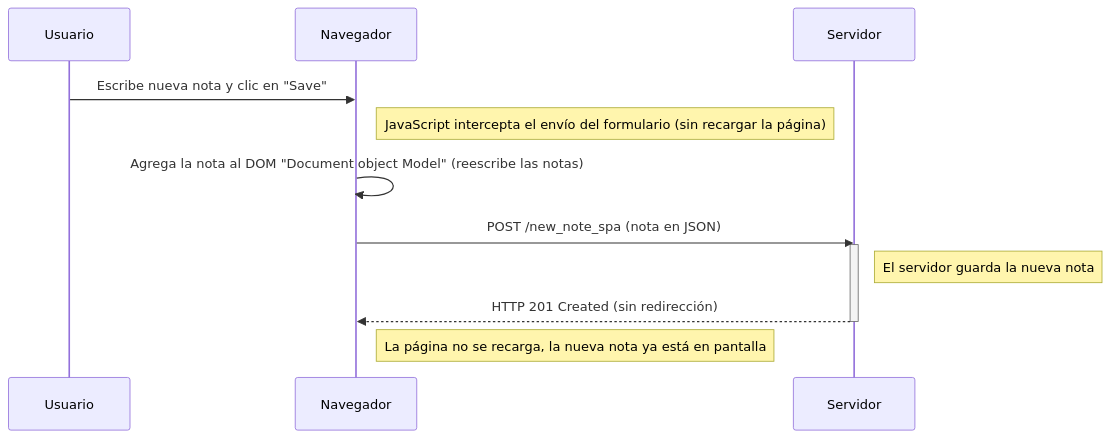
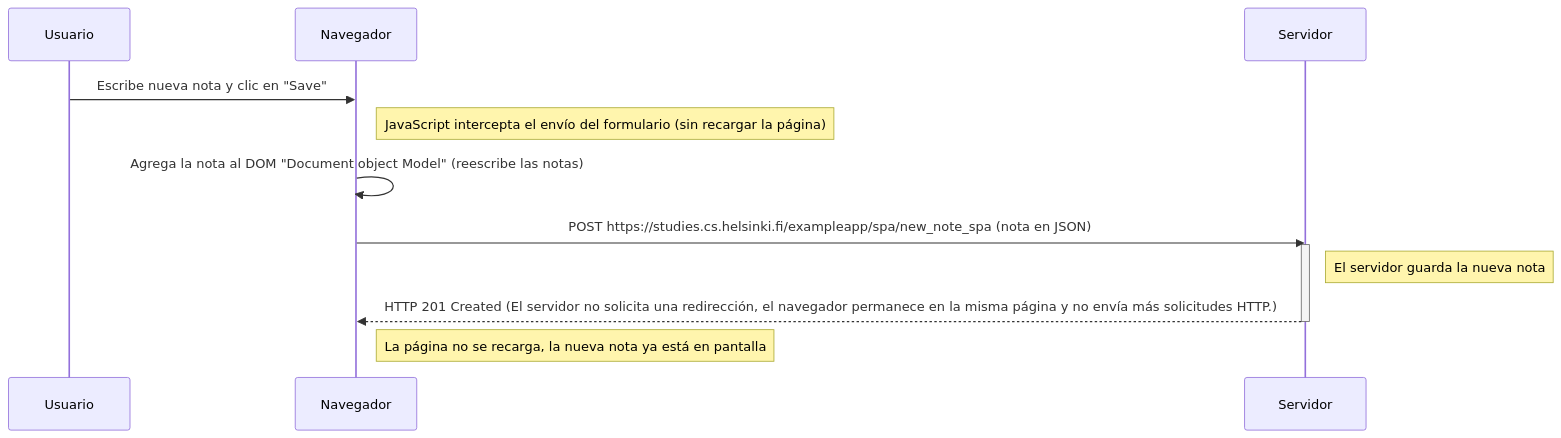
One commit to xing01/FullStackOpenYang changed the diagram in part0/NewNoteOnSPADiagram.md. Above: the diagram before and after it, drawn with Mermaid. The commit also changed 2 other files, not shown here.

Commit message:
Update Detailas of Part0 tasks

````diff
--- a/part0/NewNoteOnSPADiagram.md
+++ b/part0/NewNoteOnSPADiagram.md
@@ -3,21 +3,21 @@
 ```mermaid
 sequenceDiagram
     participant user as Usuario
     participant browser as Navegador
     participant server as Servidor
 
     user->>browser: Escribe nueva nota y clic en "Save"
     
     Note right of browser: JavaScript intercepta el envío del formulario (sin recargar la página)
 
     browser->>browser: Agrega la nota al DOM "Document object Model" (reescribe las notas)
 
-    browser->>server: POST /new_note_spa (nota en JSON)
+    browser->>server: POST https://studies.cs.helsinki.fi/exampleapp/spa/new_note_spa (nota en JSON)
     activate server
     Note right of server: El servidor guarda la nueva nota
 
-    server-->>browser: HTTP 201 Created (sin redirección)
+    server-->>browser: HTTP 201 Created (El servidor no solicita una redirección, el navegador permanece en la misma página y no envía más solicitudes HTTP.)
     deactivate server
 
     Note right of browser: La página no se recarga, la nueva nota ya está en pantalla
 ```
````
